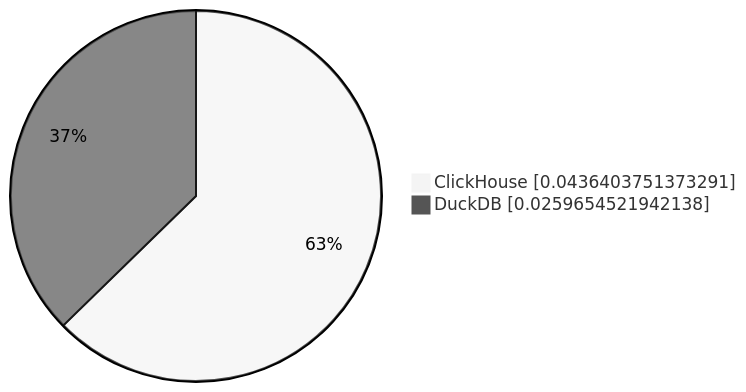
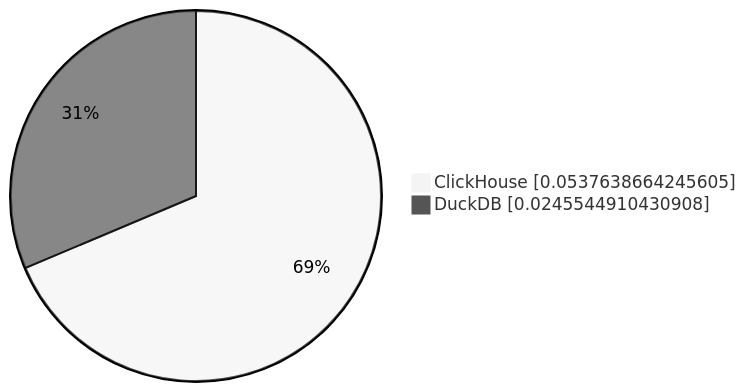
One commit to Altinity/clickhouse-regression changed the first of 7 diagrams in parquet/performance/results/nyc_taxi/23.8.2.7/README.md. Above: the diagram before and after it, drawn with Mermaid (neutral theme). The commit also changed other lines of this file and 2 other files, not shown here.

````diff
--- a/parquet/performance/results/nyc_taxi/23.8.2.7/README.md
+++ b/parquet/performance/results/nyc_taxi/23.8.2.7/README.md
@@ -10,5 +10,5 @@
 ```mermaid
      pie showData
-         "ClickHouse" : 0.0436403751373291
-         "DuckDB" : 0.0259654521942138
+         "ClickHouse" : 0.0537638664245605
+         "DuckDB" : 0.0245544910430908
 ```
````
